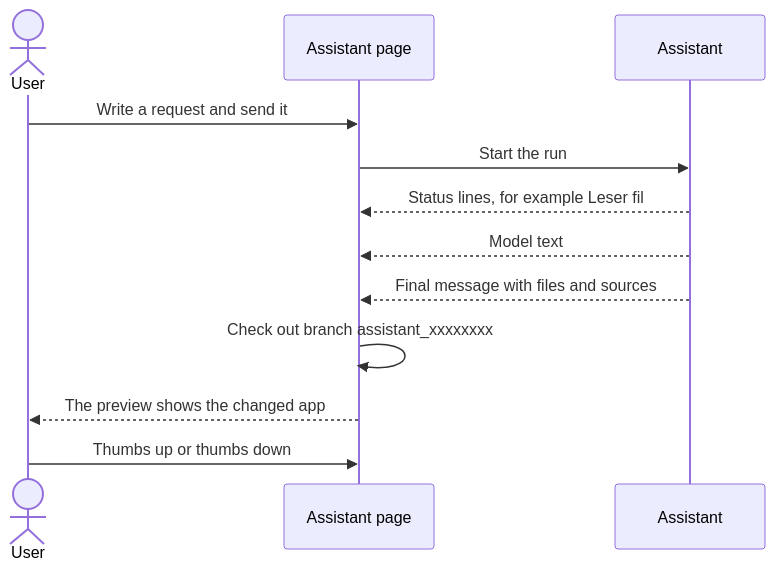
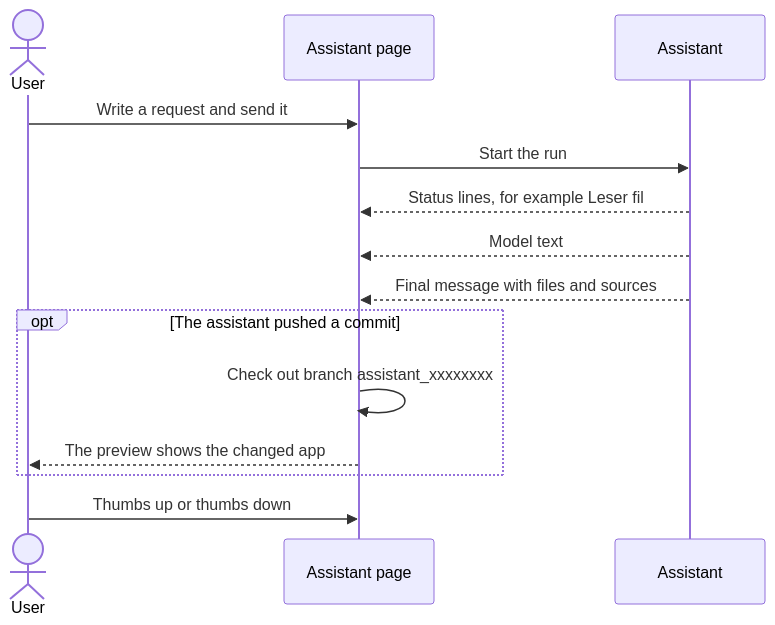
Before and after one commit to Altinn/altinn-studio: the third of 4 diagrams in src/AI/assistant/docs/1-user-view.md, drawn with Mermaid. The commit also changed other lines of this file and 11 other files, not shown here.

First line of the commit message:
fix(assistant): check out the session branch only when a turn pushed it

````diff
--- a/src/AI/assistant/docs/1-user-view.md
+++ b/src/AI/assistant/docs/1-user-view.md
@@ -40,14 +40,16 @@
 ```mermaid
 sequenceDiagram
   actor U as User
   participant S as Assistant page
   participant A as Assistant
   U->>S: Write a request and send it
   S->>A: Start the run
   A-->>S: Status lines, for example Leser fil
   A-->>S: Model text
   A-->>S: Final message with files and sources
-  S->>S: Check out branch assistant_xxxxxxxx
-  S-->>U: The preview shows the changed app
+  opt The assistant pushed a commit
+    S->>S: Check out branch assistant_xxxxxxxx
+    S-->>U: The preview shows the changed app
+  end
   U->>S: Thumbs up or thumbs down
 ```
````
